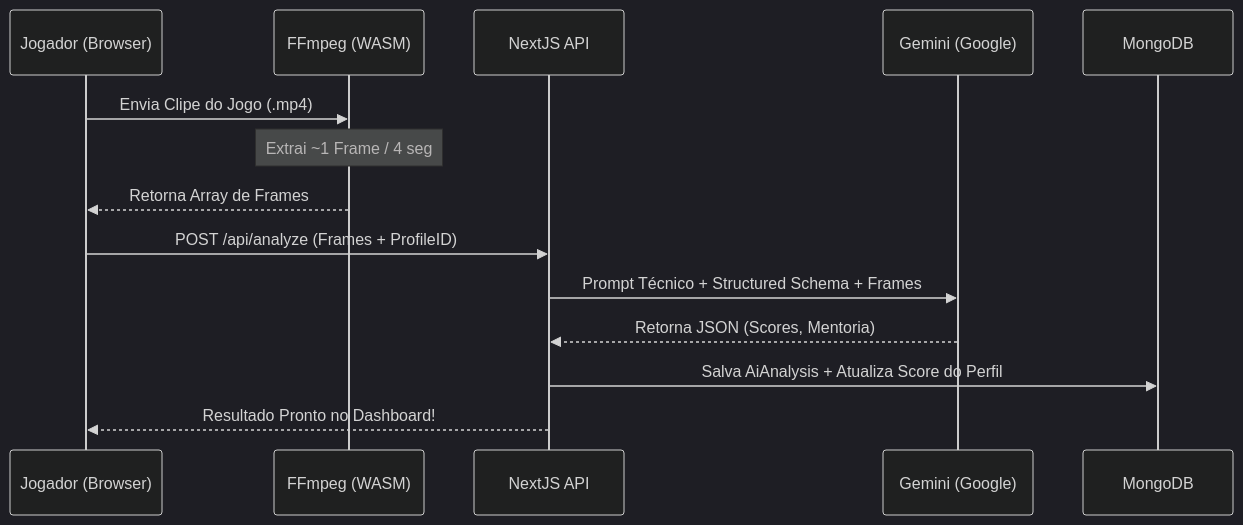
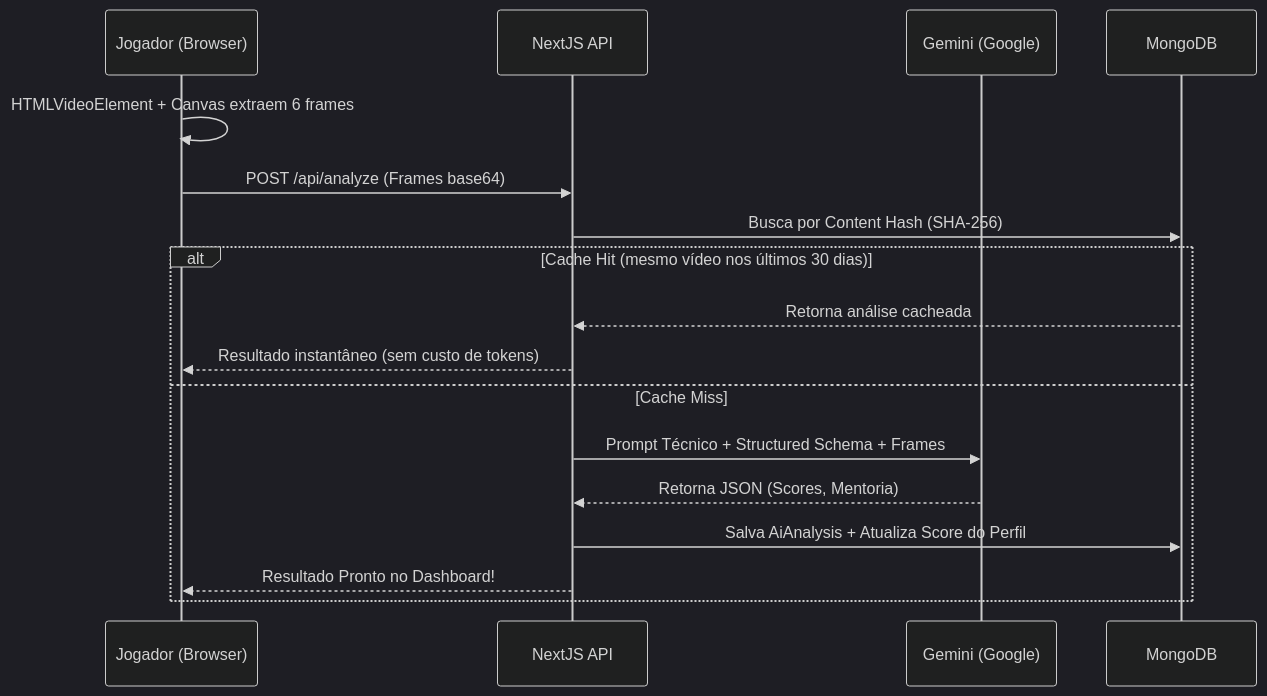
Before and after one commit to ygorevaldt/nexel: the diagram in README.md, drawn with Mermaid (dark theme). The commit also changed other lines of this file and 5 other files, not shown here.

First line of the commit message:
perf(analyze): substitui FFmpeg.wasm por API nativa do browser no extrator de frames

````diff
--- a/README.md
+++ b/README.md
@@ -94,17 +94,20 @@
 ```mermaid
 sequenceDiagram
     participant Jogador (Browser)
-    participant FFmpeg (WASM)
     participant NextJS API
     participant Gemini (Google)
     participant MongoDB
     
-    Jogador (Browser)->>FFmpeg (WASM): Envia Clipe do Jogo (.mp4)
-    Note over FFmpeg (WASM): Extrai ~1 Frame / 4 seg
-    FFmpeg (WASM)-->>Jogador (Browser): Retorna Array de Frames
-    Jogador (Browser)->>NextJS API: POST /api/analyze (Frames + ProfileID)
-    NextJS API->>Gemini (Google): Prompt Técnico + Structured Schema + Frames
-    Gemini (Google)-->>NextJS API: Retorna JSON (Scores, Mentoria)
-    NextJS API->>MongoDB: Salva AiAnalysis + Atualiza Score do Perfil
-    NextJS API-->>Jogador (Browser): Resultado Pronto no Dashboard!
+    Jogador (Browser)->>Jogador (Browser): HTMLVideoElement + Canvas extraem 6 frames
+    Jogador (Browser)->>NextJS API: POST /api/analyze (Frames base64)
+    NextJS API->>MongoDB: Busca por Content Hash (SHA-256)
+    alt Cache Hit (mesmo vídeo nos últimos 30 dias)
+        MongoDB-->>NextJS API: Retorna análise cacheada
+        NextJS API-->>Jogador (Browser): Resultado instantâneo (sem custo de tokens)
+    else Cache Miss
+        NextJS API->>Gemini (Google): Prompt Técnico + Structured Schema + Frames
+        Gemini (Google)-->>NextJS API: Retorna JSON (Scores, Mentoria)
+        NextJS API->>MongoDB: Salva AiAnalysis + Atualiza Score do Perfil
+        NextJS API-->>Jogador (Browser): Resultado Pronto no Dashboard!
+    end
 ```
````
